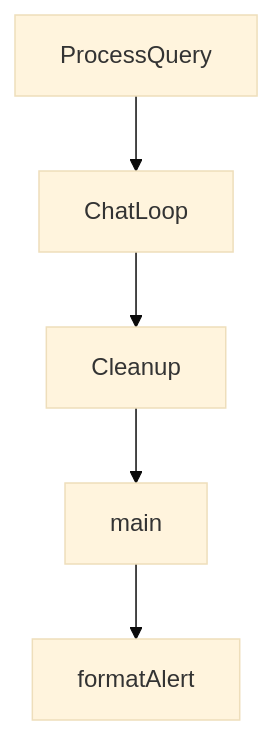
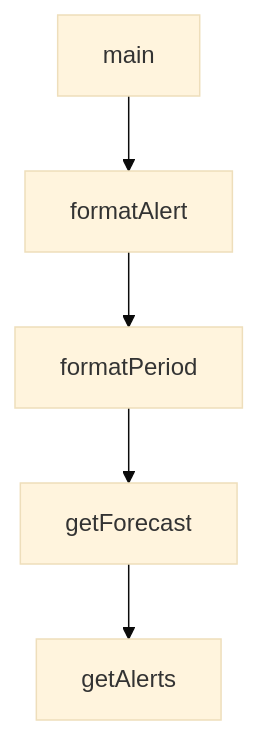
Before and after one commit to johnxie/awesome-code-docs: the diagram in tutorials/mcp-quickstart-resources-tutorial/03-mcp-client-patterns-and-llm-chat-loops.md, drawn with Mermaid (base theme). The commit also changed other lines of this file and 1232 other files, not shown here.

````diff
--- a/tutorials/mcp-quickstart-resources-tutorial/03-mcp-client-patterns-and-llm-chat-loops.md
+++ b/tutorials/mcp-quickstart-resources-tutorial/03-mcp-client-patterns-and-llm-chat-loops.md
@@ -210,12 +210,12 @@
 ```mermaid
 flowchart TD
-    A[ProcessQuery]
-    B[ChatLoop]
-    C[Cleanup]
-    D[main]
-    E[formatAlert]
+    A[main]
+    B[formatAlert]
+    C[formatPeriod]
+    D[getForecast]
+    E[getAlerts]
     A --> B
     B --> C
     C --> D
     D --> E
 ```
````
